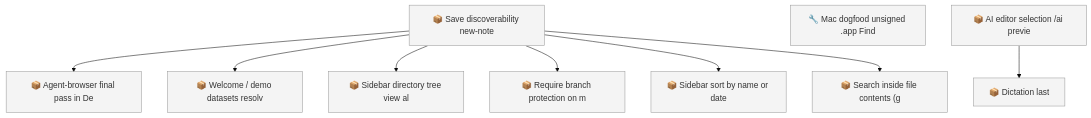
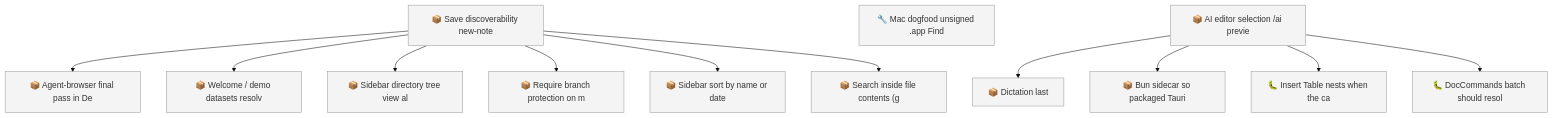
Before and after one commit to SpillwaveSolutions/motion: the first of 2 diagrams in docs/roadmap.md, drawn with Mermaid (base theme). The commit also changed other lines of this file and 1 other file, not shown here.

First line of the commit message:
chore: file sidecar, nested-table, and DocCommands locator follow-ups

````diff
--- a/docs/roadmap.md
+++ b/docs/roadmap.md
@@ -70,22 +82,28 @@
 ```mermaid
 graph TD
     01KYQYYN3SBWDT25TC6H3G4EAA["📦 Save discoverability new-note"]
     01KYQYYN3T2SSGG33ESEWPXKH8["📦 Agent-browser final pass in De"]
     01KYQYYN3T3VB8RCTMJJ13FK2H["📦 Welcome / demo datasets resolv"]
     01KYQYYN3T5W49QH05WCCYX7CE["📦 Sidebar directory tree view al"]
     01KYQYYN3T731B57N8NXQ8C0FQ["📦 Require branch protection on m"]
     01KYQYYN3TA69K8848E483HC82["📦 Sidebar sort by name or date"]
     01KYQYYN3TKW93D9SVW07VKFZY["📦 Search inside file contents (g"]
     01M18Q560MPAYQJTA0W6F4DAW3["🔧 Mac dogfood unsigned .app Find"]
     01M18R79ZM90HJ0MBG3CX6VW7E["📦 Dictation last"]
     01M18R79ZMN53CMV76JFHKVEFN["📦 AI editor selection /ai previe"]
+    01M19Z6Z3XQZ03EYNXKKBG5WK7["📦 Bun sidecar so packaged Tauri"]
+    01M19Z6Z5DJ54227R1WYVVX2GF["🐛 Insert Table nests when the ca"]
+    01M19Z6Z6X06VRZM95741Y2748["🐛 DocCommands batch should resol"]
     01KYQYYN3SBWDT25TC6H3G4EAA --> 01KYQYYN3T2SSGG33ESEWPXKH8
     01KYQYYN3SBWDT25TC6H3G4EAA --> 01KYQYYN3T3VB8RCTMJJ13FK2H
     01KYQYYN3SBWDT25TC6H3G4EAA --> 01KYQYYN3T5W49QH05WCCYX7CE
     01KYQYYN3SBWDT25TC6H3G4EAA --> 01KYQYYN3T731B57N8NXQ8C0FQ
     01KYQYYN3SBWDT25TC6H3G4EAA --> 01KYQYYN3TA69K8848E483HC82
     01KYQYYN3SBWDT25TC6H3G4EAA --> 01KYQYYN3TKW93D9SVW07VKFZY
     01M18R79ZMN53CMV76JFHKVEFN --> 01M18R79ZM90HJ0MBG3CX6VW7E
+    01M18R79ZMN53CMV76JFHKVEFN --> 01M19Z6Z3XQZ03EYNXKKBG5WK7
+    01M18R79ZMN53CMV76JFHKVEFN --> 01M19Z6Z5DJ54227R1WYVVX2GF
+    01M18R79ZMN53CMV76JFHKVEFN --> 01M19Z6Z6X06VRZM95741Y2748
     classDef todo fill:#f4f4f4,stroke:#999999
-    class 01KYQYYN3SBWDT25TC6H3G4EAA,01KYQYYN3T2SSGG33ESEWPXKH8,01KYQYYN3T3VB8RCTMJJ13FK2H,01KYQYYN3T5W49QH05WCCYX7CE,01KYQYYN3T731B57N8NXQ8C0FQ,01KYQYYN3TA69K8848E483HC82,01KYQYYN3TKW93D9SVW07VKFZY,01M18Q560MPAYQJTA0W6F4DAW3,01M18R79ZM90HJ0MBG3CX6VW7E,01M18R79ZMN53CMV76JFHKVEFN todo
+    class 01KYQYYN3SBWDT25TC6H3G4EAA,01KYQYYN3T2SSGG33ESEWPXKH8,01KYQYYN3T3VB8RCTMJJ13FK2H,01KYQYYN3T5W49QH05WCCYX7CE,01KYQYYN3T731B57N8NXQ8C0FQ,01KYQYYN3TA69K8848E483HC82,01KYQYYN3TKW93D9SVW07VKFZY,01M18Q560MPAYQJTA0W6F4DAW3,01M18R79ZM90HJ0MBG3CX6VW7E,01M18R79ZMN53CMV76JFHKVEFN,01M19Z6Z3XQZ03EYNXKKBG5WK7,01M19Z6Z5DJ54227R1WYVVX2GF,01M19Z6Z6X06VRZM95741Y2748 todo
 ```
````
